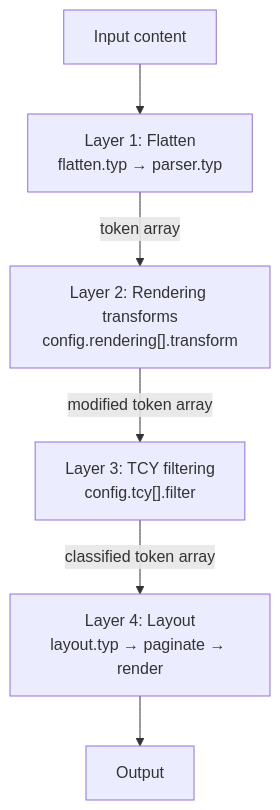
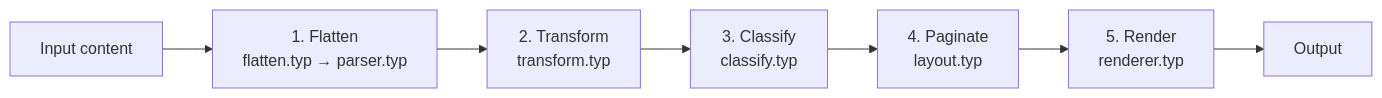
The first of 2 diagrams in docs/architecture.md (KoyaTofu42/typst-basho), drawn with Mermaid before and after one commit. The commit also changed other lines of this file and 17 other files, not shown here.

First line of the commit message:
refactor: architecture and enhance documentation

````diff
--- a/docs/architecture.md
+++ b/docs/architecture.md
@@ -5,8 +5,9 @@
 ```mermaid
-flowchart TD
-    Input["Input content"] --> Layer1["Layer 1: Flatten<br/>flatten.typ → parser.typ"]
-    Layer1 -->|"token array"| Layer2["Layer 2: Rendering transforms<br/>config.rendering[].transform"]
-    Layer2 -->|"modified token array"| Layer3["Layer 3: TCY filtering<br/>config.tcy[].filter"]
-    Layer3 -->|"classified token array"| Layer4["Layer 4: Layout<br/>layout.typ → paginate → render"]
-    Layer4 --> Output["Output"]
+flowchart LR
+    Input["Input content"] --> Flatten["1. Flatten<br/>flatten.typ → parser.typ"]
+    Flatten --> Transform["2. Transform<br/>transform.typ"]
+    Transform --> Classify["3. Classify<br/>classify.typ"]
+    Classify --> Paginate["4. Paginate<br/>layout.typ"]
+    Paginate --> Render["5. Render<br/>renderer.typ"]
+    Render --> Output["Output"]
 ```
````
